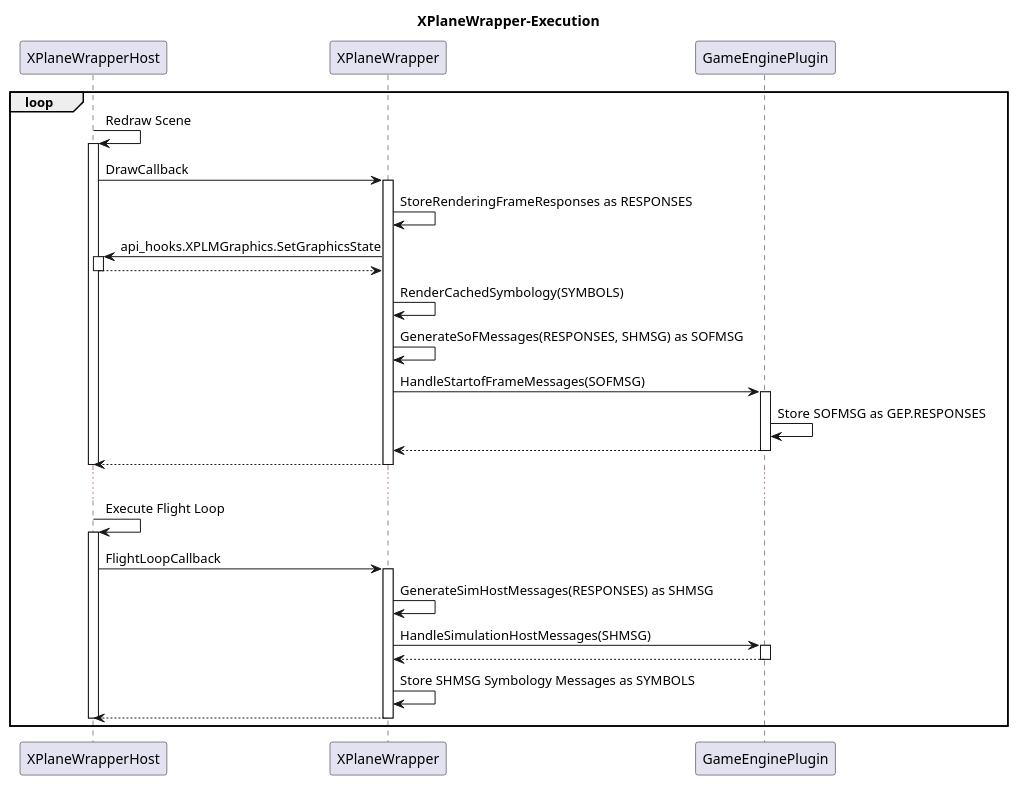
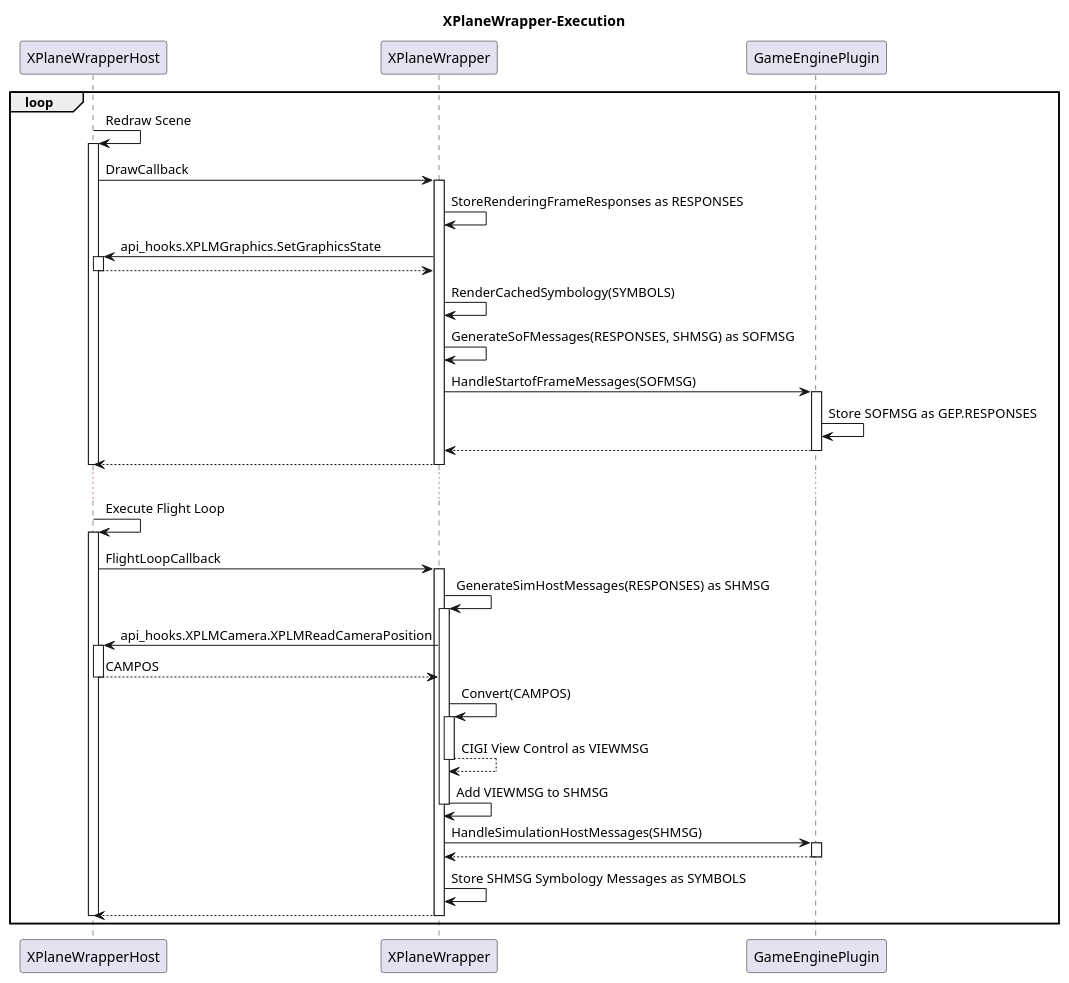
The diagram in GameEnginePlugin/Docs/SourceDiagrams/GameEnginePlugin-XPlaneWrapperExecution-Sequence.plantuml (stevostj/Sandbox), drawn with PlantUML before and after one commit. The commit also changed 12 other files, not shown here.

```diff
--- a/GameEnginePlugin/Docs/SourceDiagrams/GameEnginePlugin-XPlaneWrapperExecution-Sequence.plantuml
+++ b/GameEnginePlugin/Docs/SourceDiagrams/GameEnginePlugin-XPlaneWrapperExecution-Sequence.plantuml
@@ -1,50 +1,62 @@
 @startuml
 
 title "XPlaneWrapper-Execution"
 
 participant "XPlaneWrapperHost" as XPWH
 participant "XPlaneWrapper" as XPW
 participant "GameEnginePlugin" as GEP
 
 loop 
 XPWH -> XPWH: Redraw Scene
 activate XPWH
 
 XPWH -> XPW: DrawCallback
 activate XPW
 XPW -> XPW: StoreRenderingFrameResponses as RESPONSES
 XPW -> XPWH: api_hooks.XPLMGraphics.SetGraphicsState
 activate XPWH
 XPWH --> XPW
 deactivate XPWH
 XPW -> XPW: RenderCachedSymbology(SYMBOLS)
 XPW -> XPW: GenerateSoFMessages(RESPONSES, SHMSG) as SOFMSG
 XPW -> GEP: HandleStartofFrameMessages(SOFMSG)
 activate GEP
 GEP -> GEP: Store SOFMSG as GEP.RESPONSES
 GEP --> XPW
 deactivate GEP
 XPW --> XPWH
 deactivate XPW
 deactivate XPWH
 
 ...
 
 XPWH -> XPWH: Execute Flight Loop
 activate XPWH
 
 XPWH -> XPW: FlightLoopCallback
 activate XPW
 XPW -> XPW: GenerateSimHostMessages(RESPONSES) as SHMSG
+activate XPW
+XPW -> XPWH: api_hooks.XPLMCamera.XPLMReadCameraPosition
+activate XPWH
+XPWH --> XPW: CAMPOS
+deactivate XPWH
+XPW -> XPW: Convert(CAMPOS)
+activate XPW
+XPW --> XPW: CIGI View Control as VIEWMSG
+deactivate XPW
+XPW -> XPW: Add VIEWMSG to SHMSG
+deactivate XPW
+
 XPW -> GEP: HandleSimulationHostMessages(SHMSG)
 activate GEP
 GEP --> XPW
 deactivate GEP
 XPW -> XPW: Store SHMSG Symbology Messages as SYMBOLS
 XPW --> XPWH
 deactivate XPW
 deactivate XPWH
 
 end
 
 @enduml
```
